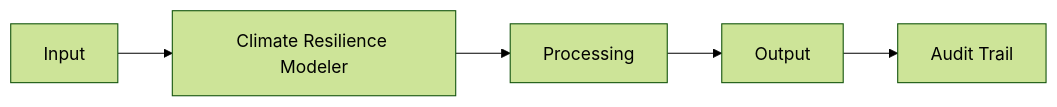
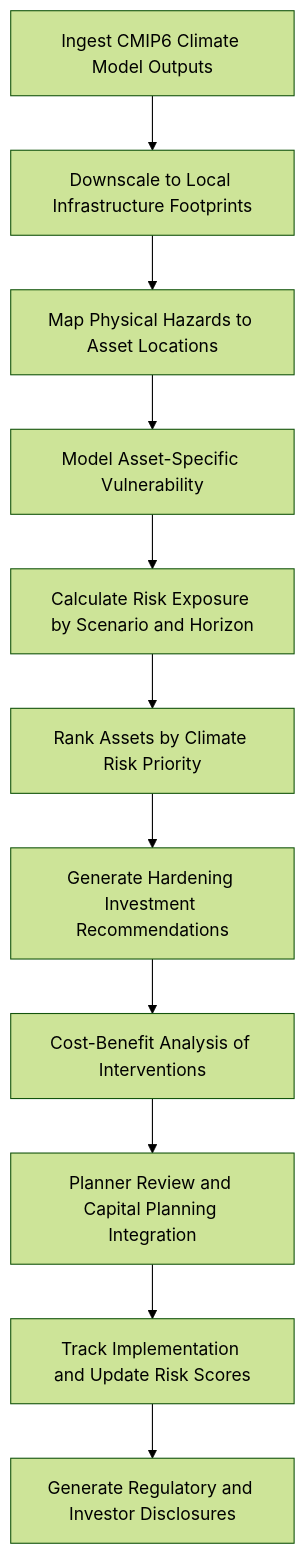
Before and after one commit to andrew-leo-2024/marketplace-docs: the diagram in docs/audiences/03-critical-infrastructure/climate-resilience-modeler.mdx, drawn with Mermaid (forest theme). The commit also changed other lines of this file and 401 other files, not shown here.

````diff
--- a/docs/audiences/03-critical-infrastructure/climate-resilience-modeler.mdx
+++ b/docs/audiences/03-critical-infrastructure/climate-resilience-modeler.mdx
@@ -29,7 +35,13 @@
 ```mermaid
-graph LR
-    A[Input] --> B[Climate Resilience Modeler]
-    B --> C[Processing]
-    C --> D[Output]
-    D --> E[Audit Trail]
+graph TD
+    A[Ingest CMIP6 Climate Model Outputs] --> B[Downscale to Local Infrastructure Footprints]
+    B --> C[Map Physical Hazards to Asset Locations]
+    C --> D[Model Asset-Specific Vulnerability]
+    D --> E[Calculate Risk Exposure by Scenario and Horizon]
+    E --> F[Rank Assets by Climate Risk Priority]
+    F --> G[Generate Hardening Investment Recommendations]
+    G --> H[Cost-Benefit Analysis of Interventions]
+    H --> I[Planner Review and Capital Planning Integration]
+    I --> J[Track Implementation and Update Risk Scores]
+    J --> K[Generate Regulatory and Investor Disclosures]
 ```
````
